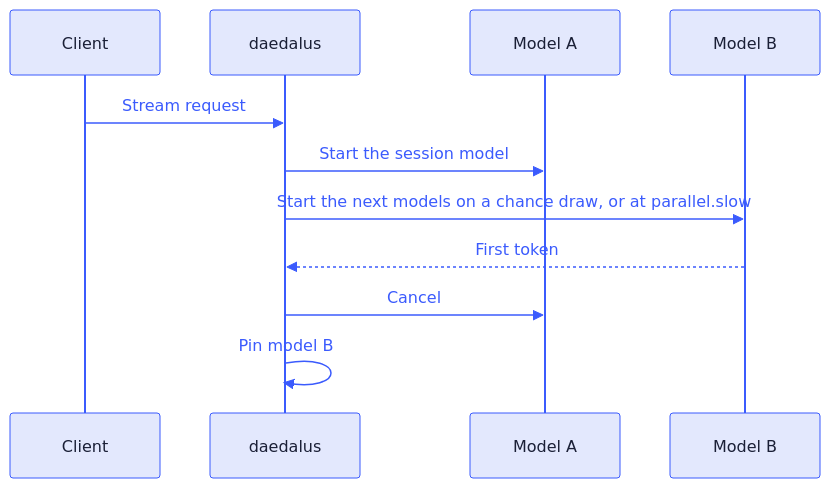
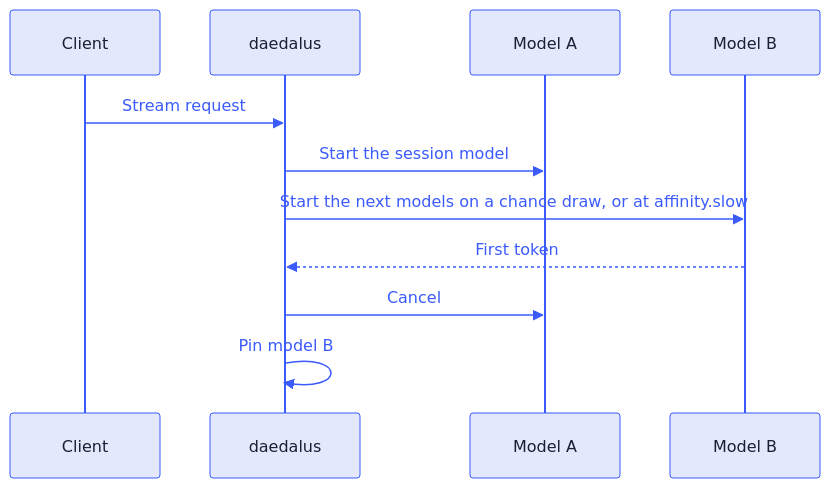
The seventh of 7 diagrams in docs/architecture.md (nemoe7/daedalus), drawn with Mermaid before and after one commit. The commit also changed other lines of this file and 10 other files, not shown here.

````diff
--- a/docs/architecture.md
+++ b/docs/architecture.md
@@ -257,14 +257,14 @@
 ```mermaid
 %%{init: {"theme": "base", "themeVariables": {"primaryColor": "#e3e8fd", "primaryBorderColor": "#3b5bfd", "primaryTextColor": "#1a1f36", "lineColor": "#3b5bfd", "textColor": "#3b5bfd", "secondaryColor": "#ede9fe", "tertiaryColor": "#f5f3ff", "clusterBkg": "#f5f3ff", "clusterBorder": "#8b5cf6", "titleColor": "#5c388c", "edgeLabelBackground": "#ffffff", "noteBkgColor": "#ede9fe", "noteBorderColor": "#8b5cf6"}}}%%
 sequenceDiagram
   participant C as Client
   participant D as daedalus
   participant A as Model A
   participant B as Model B
   C->>D: Stream request
   D->>A: Start the session model
-  D->>B: Start the next models on a chance draw, or at parallel.slow
+  D->>B: Start the next models on a chance draw, or at affinity.slow
   B-->>D: First token
   D->>A: Cancel
   D->>D: Pin model B
 ```
````
